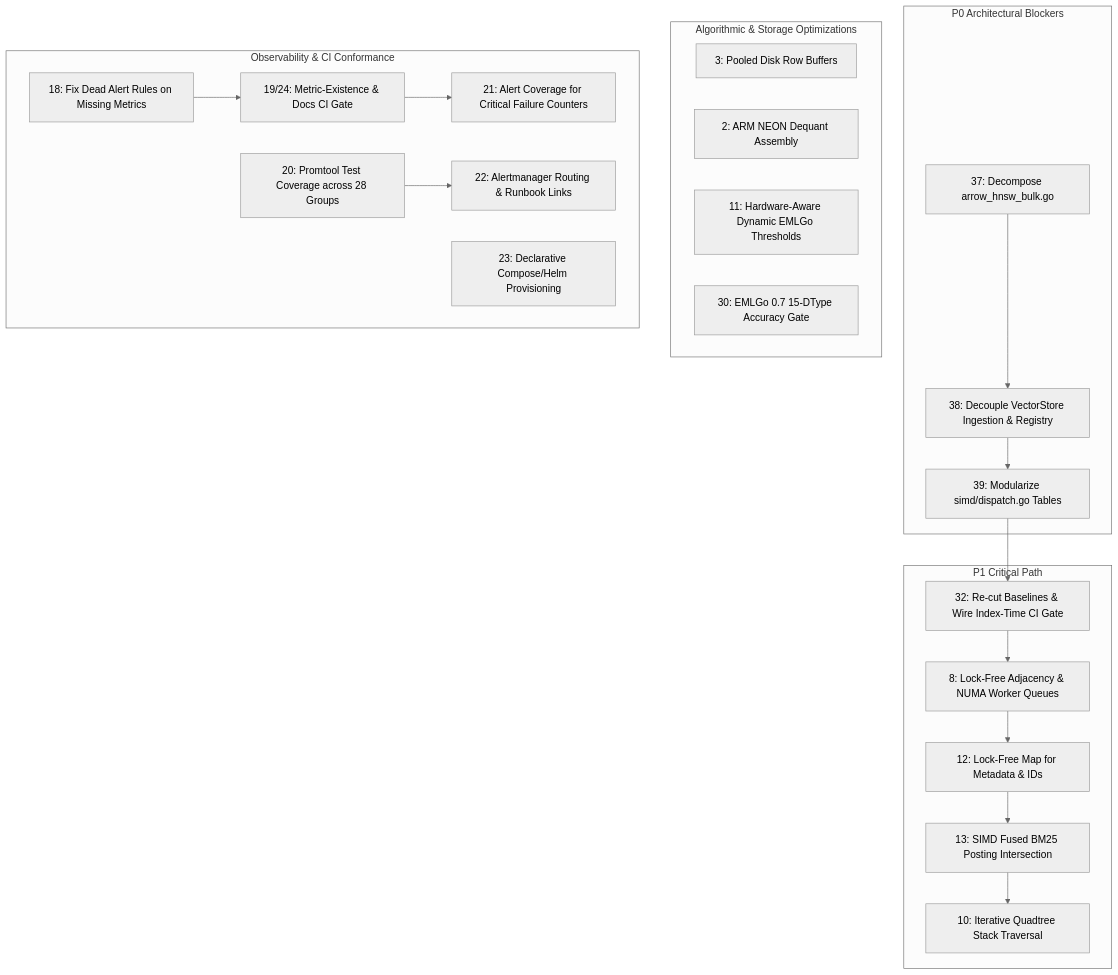
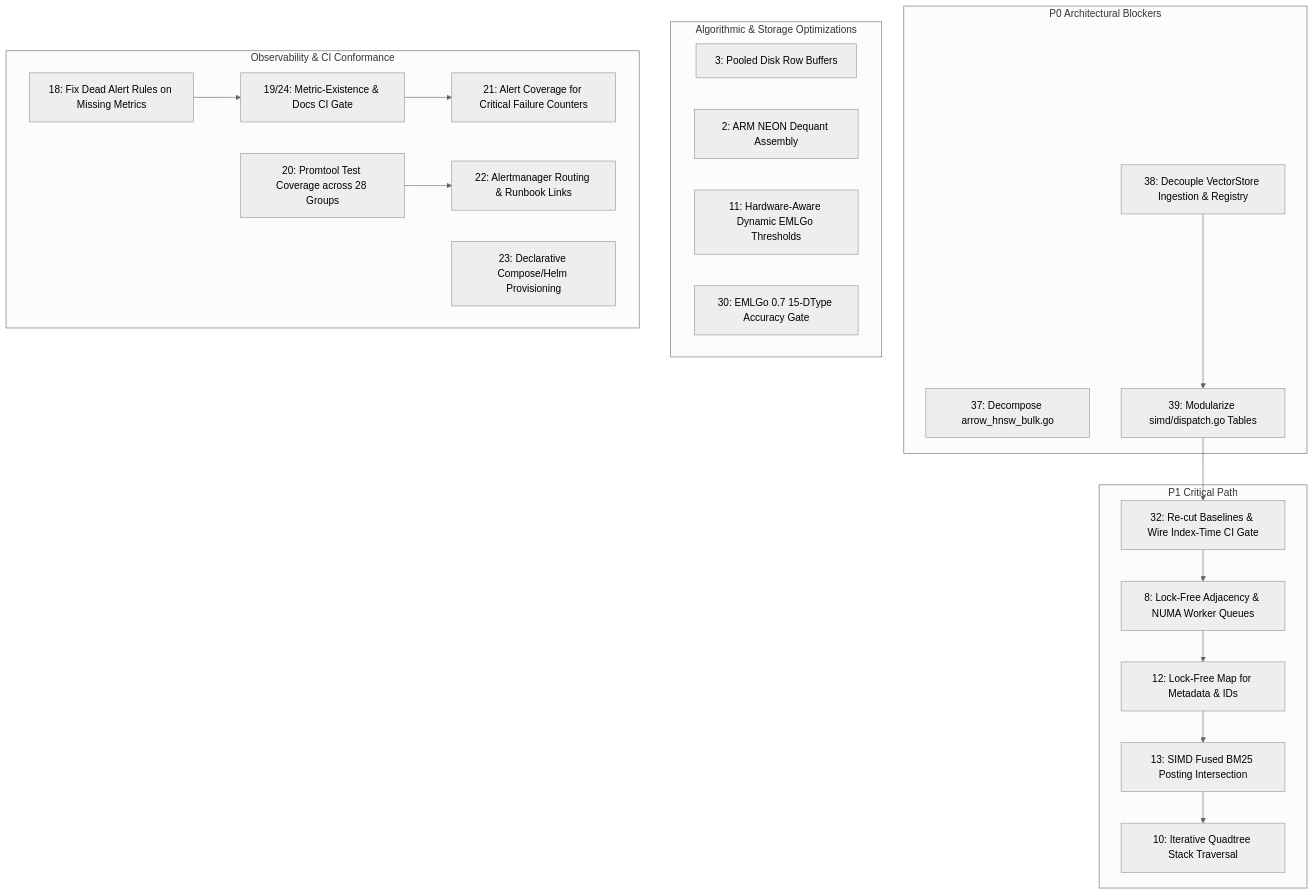
One commit to 23skdu/longbow changed the diagram in docs/roadmap.md. Above: the diagram before and after it, drawn with Mermaid (neutral theme). The commit also changed other lines of this file and 10 other files, not shown here.

Commit message:
refactor(index): decompose arrow_hnsw and arrow_hnsw_bulk graph monolith (Item 37)

````diff
--- a/docs/roadmap.md
+++ b/docs/roadmap.md
@@ -21,40 +21,39 @@
 ```mermaid
 graph TD
     subgraph P0["P0 Architectural Blockers"]
         I37["37: Decompose arrow_hnsw_bulk.go"]
         I38["38: Decouple VectorStore Ingestion & Registry"]
         I39["39: Modularize simd/dispatch.go Tables"]
     end
     subgraph P1["P1 Critical Path"]
         I32["32: Re-cut Baselines & Wire Index-Time CI Gate"]
         I8["8: Lock-Free Adjacency & NUMA Worker Queues"]
         I12["12: Lock-Free Map for Metadata & IDs"]
         I13["13: SIMD Fused BM25 Posting Intersection"]
         I10["10: Iterative Quadtree Stack Traversal"]
     end
     subgraph P2["Algorithmic & Storage Optimizations"]
         I3["3: Pooled Disk Row Buffers"]
         I2["2: ARM NEON Dequant Assembly"]
         I11["11: Hardware-Aware Dynamic EMLGo Thresholds"]
         I30["30: EMLGo 0.7 15-DType Accuracy Gate"]
     end
     subgraph P3["Observability & CI Conformance"]
         I18["18: Fix Dead Alert Rules on Missing Metrics"]
         I19["19/24: Metric-Existence & Docs CI Gate"]
         I21["21: Alert Coverage for Critical Failure Counters"]
         I20["20: Promtool Test Coverage across 28 Groups"]
         I22["22: Alertmanager Routing & Runbook Links"]
         I23["23: Declarative Compose/Helm Provisioning"]
     end
 
-    I37 --> I38
     I38 --> I39
     I39 --> I32
     I32 --> I8
     I8 --> I12
     I12 --> I13
     I13 --> I10
     I18 --> I19
     I19 --> I21
     I20 --> I22
 ```
````
